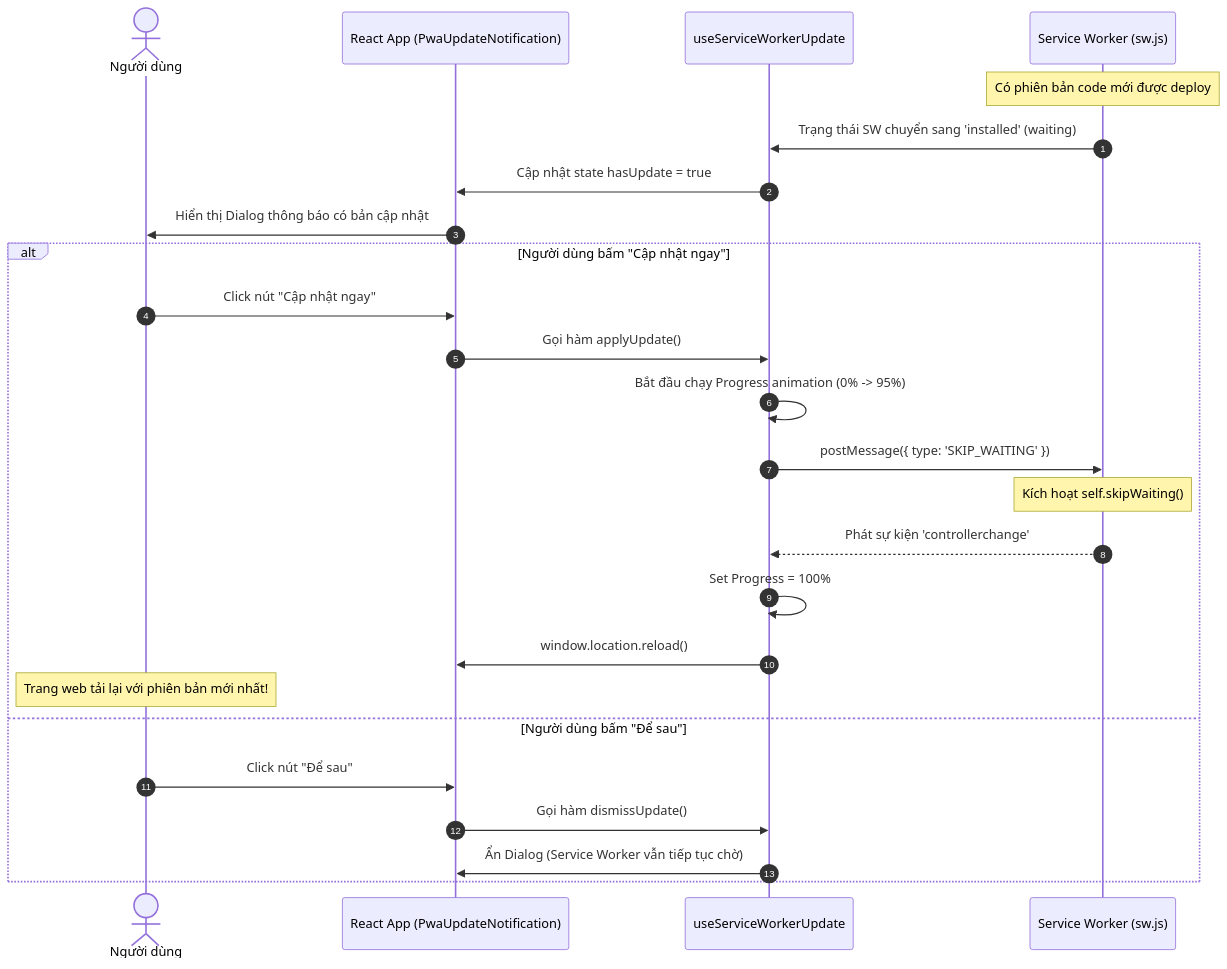
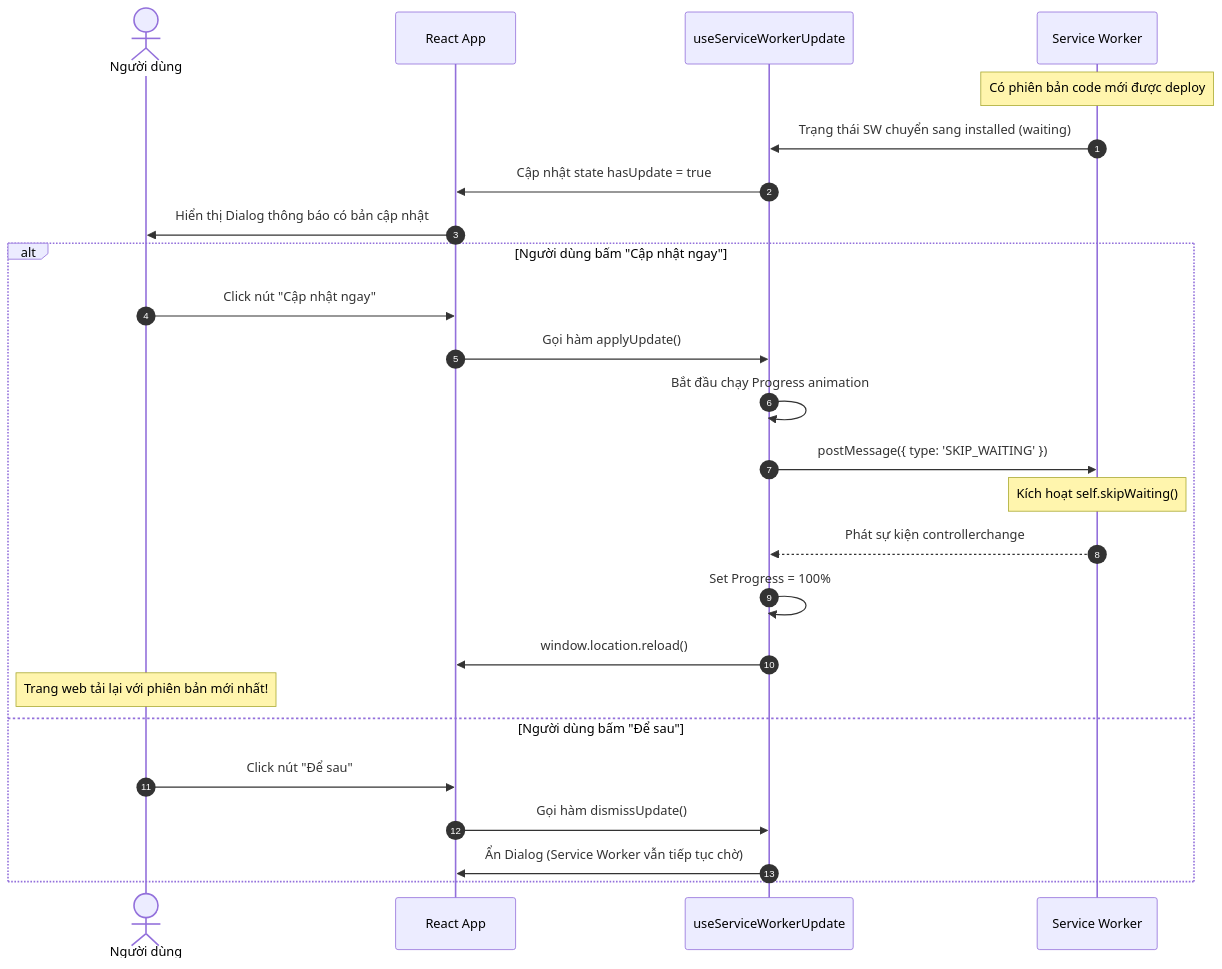
Before and after one commit to 2Naq/shareme: the diagram in apps/docs/docs/other/pwa-update-mechanism.md, drawn with Mermaid. The commit also changed other lines of this file, not shown here.

````diff
--- a/apps/docs/docs/other/pwa-update-mechanism.md
+++ b/apps/docs/docs/other/pwa-update-mechanism.md
@@ -77,29 +77,29 @@
 ```mermaid
 sequenceDiagram
     autonumber
     actor User as Người dùng
-    participant App as React App (PwaUpdateNotification)
+    participant App as React App
     participant Hook as useServiceWorkerUpdate
-    participant SW as Service Worker (sw.js)
+    participant SW as Service Worker
 
     Note over SW: Có phiên bản code mới được deploy
-    SW->>Hook: Trạng thái SW chuyển sang 'installed' (waiting)
+    SW->>Hook: Trạng thái SW chuyển sang installed (waiting)
     Hook->>App: Cập nhật state hasUpdate = true
     App->>User: Hiển thị Dialog thông báo có bản cập nhật
 
     alt Người dùng bấm "Cập nhật ngay"
         User->>App: Click nút "Cập nhật ngay"
         App->>Hook: Gọi hàm applyUpdate()
-        Hook->>Hook: Bắt đầu chạy Progress animation (0% -> 95%)
+        Hook->>Hook: Bắt đầu chạy Progress animation
         Hook->>SW: postMessage({ type: 'SKIP_WAITING' })
         Note over SW: Kích hoạt self.skipWaiting()
-        SW-->>Hook: Phát sự kiện 'controllerchange'
+        SW-->>Hook: Phát sự kiện controllerchange
         Hook->>Hook: Set Progress = 100%
         Hook->>App: window.location.reload()
         Note over User: Trang web tải lại với phiên bản mới nhất!
     else Người dùng bấm "Để sau"
         User->>App: Click nút "Để sau"
         App->>Hook: Gọi hàm dismissUpdate()
         Hook->>App: Ẩn Dialog (Service Worker vẫn tiếp tục chờ)
     end
 ```
````
